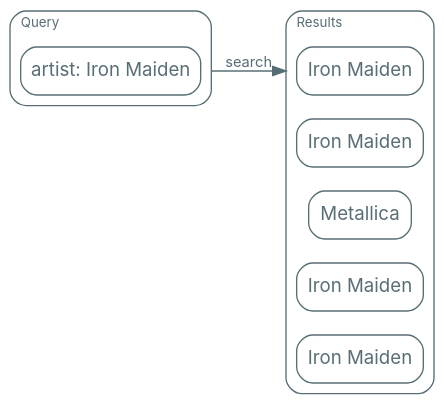
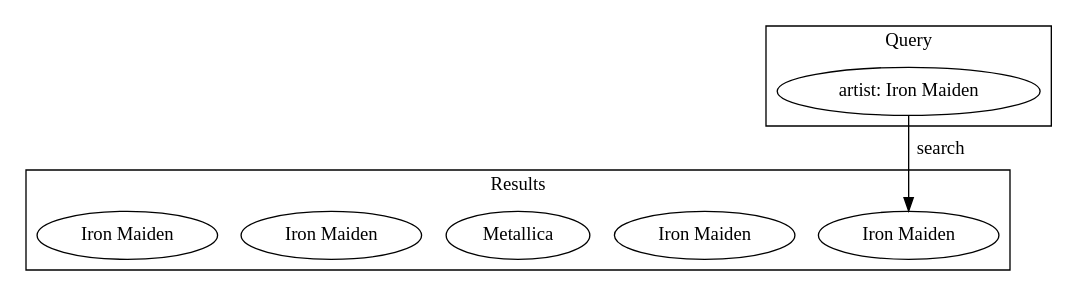
Before and after one commit to nrinaudo/much-ado-about-testing: the diagram in src/graphviz/spotify_validity.dot, drawn with Graphviz. The commit also changed 98 other files, not shown here.

Commit message:
Use graphviz stylesheets

```diff
--- a/src/graphviz/spotify_validity.dot
+++ b/src/graphviz/spotify_validity.dot
@@ -1,40 +1,22 @@
 digraph {
-    compound=true
-    bgcolor=transparent
-    rankdir=LR
-
-    // Default theme: enabled
-    node[shape="rectangle" style="rounded,filled" color="#586E75" fillcolor="#ffffff" fontcolor="#586E75" fontname="Inter,Arial"]
-    edge[color="#586E75" fontcolor="#586E75" fontname="Inter,Arial" fontsize=11]
-
     subgraph cluster_0 {
-        color="#586E75"
-        style=rounded
-        fontcolor="#586E75"
-        fontname="Inter,Arial"
-        fontsize=10
-        labeljust=l
+        class=rounded
         label=Query
 
         Maiden[label="artist: Iron Maiden"]
     }
 
     subgraph cluster_1 {
-        color="#586E75"
-        style=rounded
-        fontcolor="#586E75"
-        fontname="Inter,Arial"
-        fontsize=10
-        labeljust=l
+        class=rounded
         label=Results
 
         Maiden1[label="Iron Maiden"]
         Maiden2[label="Iron Maiden"]
         Metallica[label="Metallica"]
         Maiden3[label="Iron Maiden"]
         Maiden4[label="Iron Maiden"]
 
     }
 
     Maiden -> Maiden1[label="search" ltail=cluster_0 lhead=cluster_1]
 }
```
